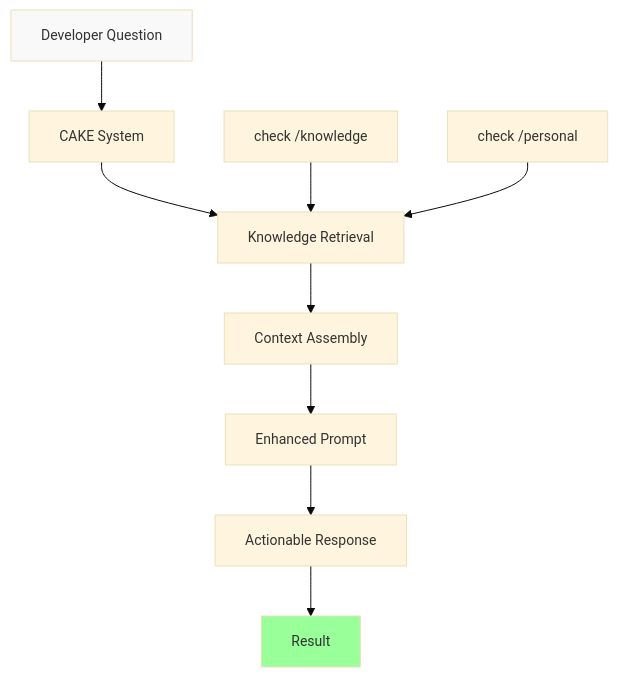
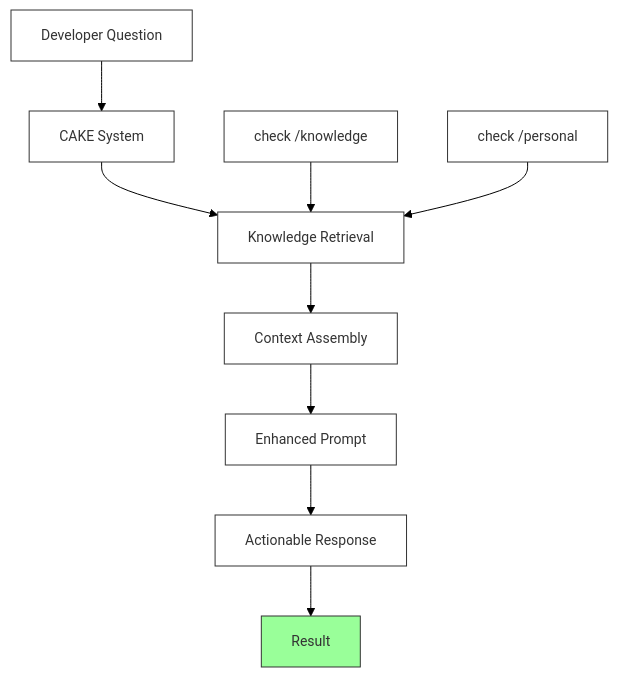
One commit to tk0221/prompt-template changed the second of 3 diagrams in README.md. Above: the diagram before and after it, drawn with Mermaid. The commit also changed other lines of this file, not shown here.

Commit message:
update graph

````diff
--- a/README.md
+++ b/README.md
@@ -28,22 +29,22 @@
 ```mermaid
-%%{init: {'theme':'base', 'themeVariables': { 'fontSize': '14px' }}}%%
+%%{init: {'theme':'base', 'themeVariables': { 'fontSize': '14px', 'fontFamily': 'arial', 'background': '#ffffff' }}}%%
 graph TD
     A2["Developer Question"] --> B2["CAKE System"]
     B2 --> C2["Knowledge Retrieval"]
     C2 --> D2["Context Assembly"]
     C22["check /knowledge"] --> C2
     C222["check /personal"] --> C2
     D2 --> E2["Enhanced Prompt"]
     E2 --> F2["Actionable Response"]
     F2 --> G2["Result"]
     
-    style A2 fill:#f9f9f9,font-size:14px
-    style B2 font-size:14px
-    style C2 font-size:14px
-    style C22 font-size:14px
-    style C222 font-size:14px
-    style D2 font-size:14px
-    style E2 font-size:14px
-    style F2 font-size:14px
-    style G2 fill:#99ff99,font-size:14px
+    style A2 fill:#ffffff,stroke:#333,font-size:14px
+    style B2 fill:#ffffff,stroke:#333,font-size:14px
+    style C2 fill:#ffffff,stroke:#333,font-size:14px
+    style C22 fill:#ffffff,stroke:#333,font-size:14px
+    style C222 fill:#ffffff,stroke:#333,font-size:14px
+    style D2 fill:#ffffff,stroke:#333,font-size:14px
+    style E2 fill:#ffffff,stroke:#333,font-size:14px
+    style F2 fill:#ffffff,stroke:#333,font-size:14px
+    style G2 fill:#99ff99,stroke:#333,font-size:14px
 ```
````
